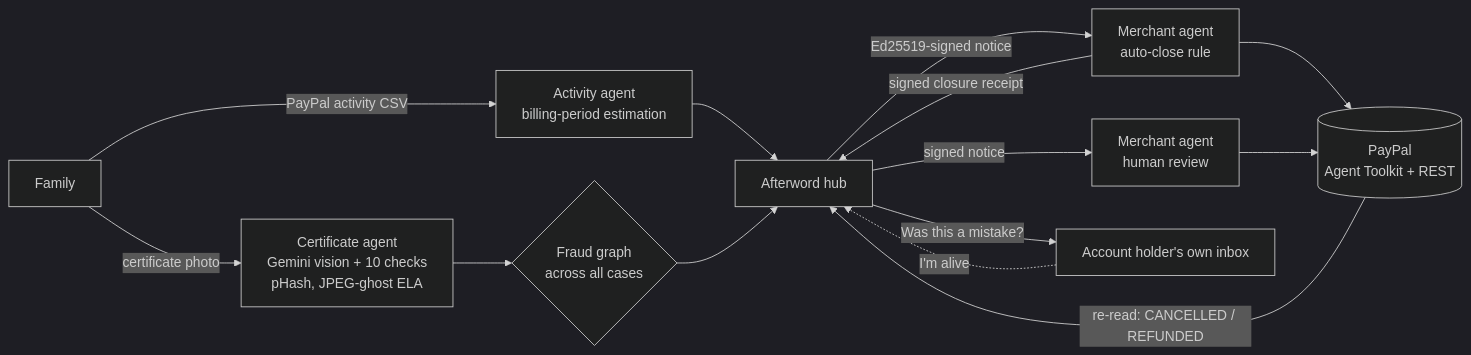
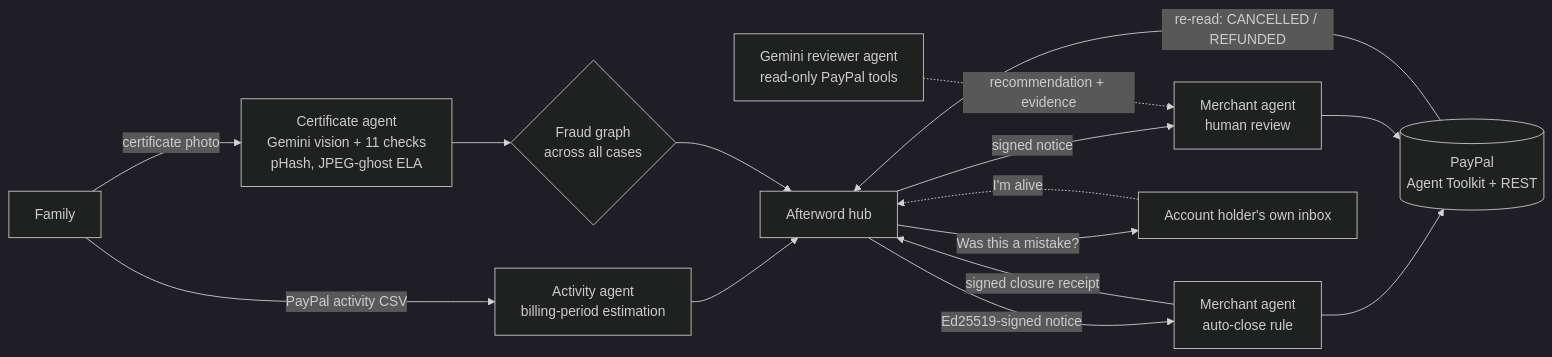
One commit to Haresh276/afterword changed the diagram in README.md. Above: the diagram before and after it, drawn with Mermaid (dark theme). The commit also changed other lines of this file and 4 other files, not shown here.

Commit message:
Docs match the code: eleven checks, 37 tests, Gemini 3.x native, exact choke-point and idempotency guarantees, AI reviewer, Life Ledger wedge, current CDC/Empathy figures, stated limits (no sign-in, no vital-records lookup, paid Gemini key); receipts sign the audit-chain head

````diff
--- a/README.md
+++ b/README.md
@@ -56,16 +60,17 @@
 ```mermaid
 flowchart LR
-  F[Family] -->|certificate photo| C[Certificate agent<br/>Gemini vision + 10 checks<br/>pHash, JPEG-ghost ELA]
+  F[Family] -->|certificate photo| C[Certificate agent<br/>Gemini vision + 11 checks<br/>pHash, JPEG-ghost ELA]
   F -->|PayPal activity CSV| A[Activity agent<br/>billing-period estimation]
   C --> G{Fraud graph<br/>across all cases}
   A --> H[Afterword hub]
   G --> H
   H -->|Ed25519-signed notice| M1[Merchant agent<br/>auto-close rule]
   H -->|signed notice| M2[Merchant agent<br/>human review]
+  R[Gemini reviewer agent<br/>read-only PayPal tools] -.->|recommendation + evidence| M2
   H -->|"Was this a mistake?"| X[Account holder's own inbox]
   X -.->|"I'm alive"| H
   M1 --> P[(PayPal<br/>Agent Toolkit + REST)]
   M2 --> P
   P -->|re-read: CANCELLED / REFUNDED| H
   M1 -->|signed closure receipt| H
 ```
````
